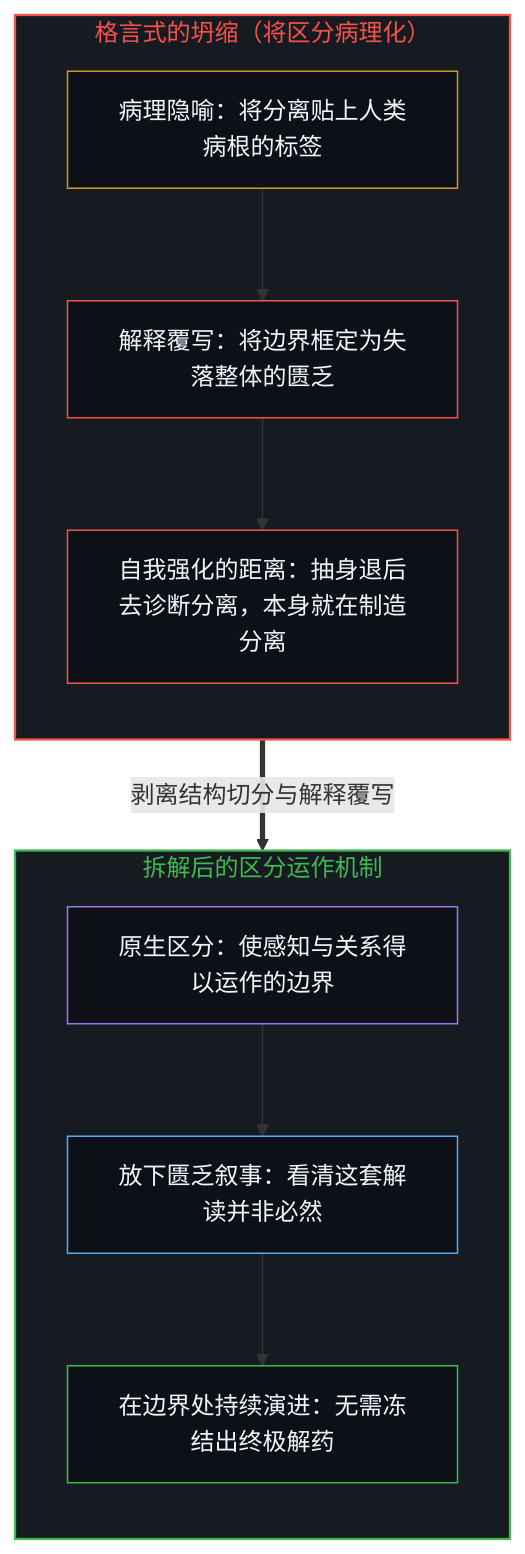
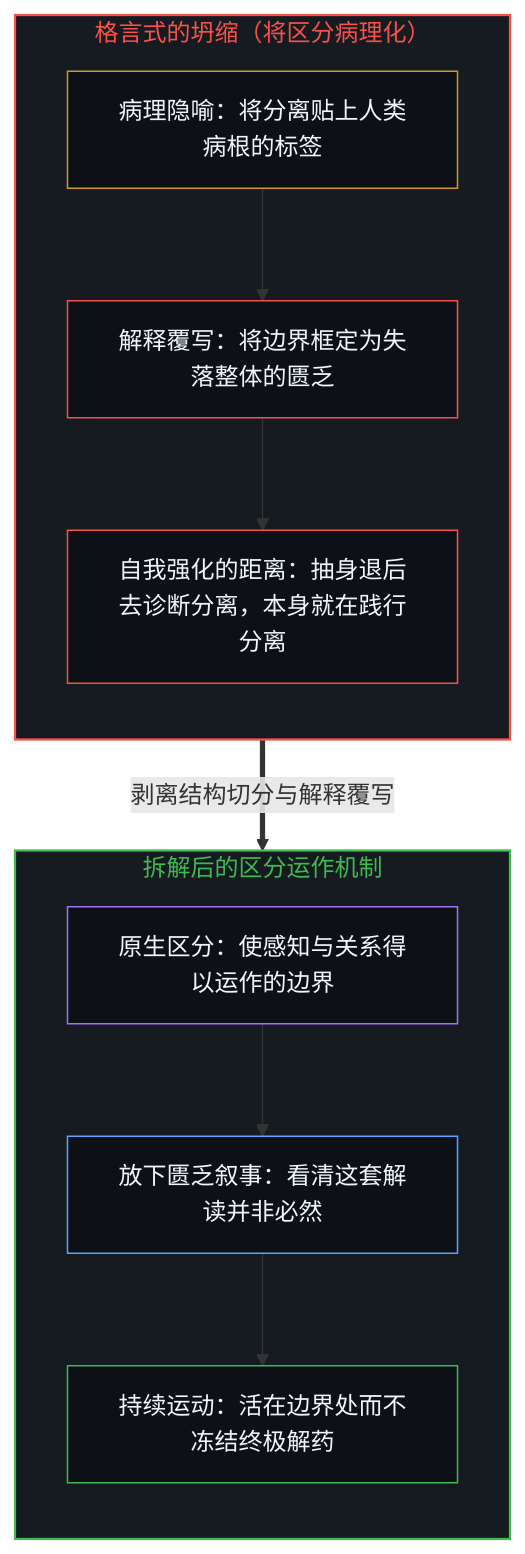
One commit to powerpig99/not-a-toe changed the first of 2 diagrams in content/posts/naval-separation-analysis.md. Above: the diagram before and after it, drawn with Mermaid. The commit also changed other lines of this file and 7 other files, not shown here.

````diff
--- a/content/posts/naval-separation-analysis.md
+++ b/content/posts/naval-separation-analysis.md
@@ -23,29 +23,26 @@
 ```mermaid
 flowchart TD
     subgraph S_Collapse["格言式的坍缩（将区分病理化）"]
         direction TB
         C_Med["病理隐喻：将分离贴上人类病根的标签"]
         C_Resist["解释覆写：将边界框定为失落整体的匮乏"]
-        C_Loop["自我强化的距离：抽身退后去诊断分离，本身就在制造分离"]
+        C_Loop["自我强化的距离：抽身退后去诊断分离，本身就在践行分离"]
         C_Med --> C_Resist --> C_Loop
     end
-
     subgraph S_Clear["拆解后的区分运作机制"]
         direction TB
         D_Cut["原生区分：使感知与关系得以运作的边界"]
         D_Drop["放下匮乏叙事：看清这套解读并非必然"]
-        D_Move["在边界处持续演进：无需冻结出终极解药"]
+        D_Move["持续运动：活在边界处而不冻结终极解药"]
         D_Cut --> D_Drop --> D_Move
     end
-
     C_Loop ==>|"剥离结构切分与解释覆写"| D_Cut
-
     style S_Collapse fill:#161b22,stroke:#f85149,stroke-width:1.5px,color:#f85149
     style S_Clear fill:#161b22,stroke:#3fb950,stroke-width:1.5px,color:#3fb950
     style C_Med fill:#0d1117,stroke:#d29922,stroke-width:1px,color:#f0f6fc
     style C_Resist fill:#0d1117,stroke:#f85149,stroke-width:1px,color:#f0f6fc
     style C_Loop fill:#0d1117,stroke:#f85149,stroke-width:1px,color:#f0f6fc
     style D_Cut fill:#0d1117,stroke:#a371f7,stroke-width:1px,color:#f0f6fc
     style D_Drop fill:#0d1117,stroke:#58a6ff,stroke-width:1px,color:#f0f6fc
     style D_Move fill:#0d1117,stroke:#3fb950,stroke-width:1px,color:#f0f6fc
 ```
````
